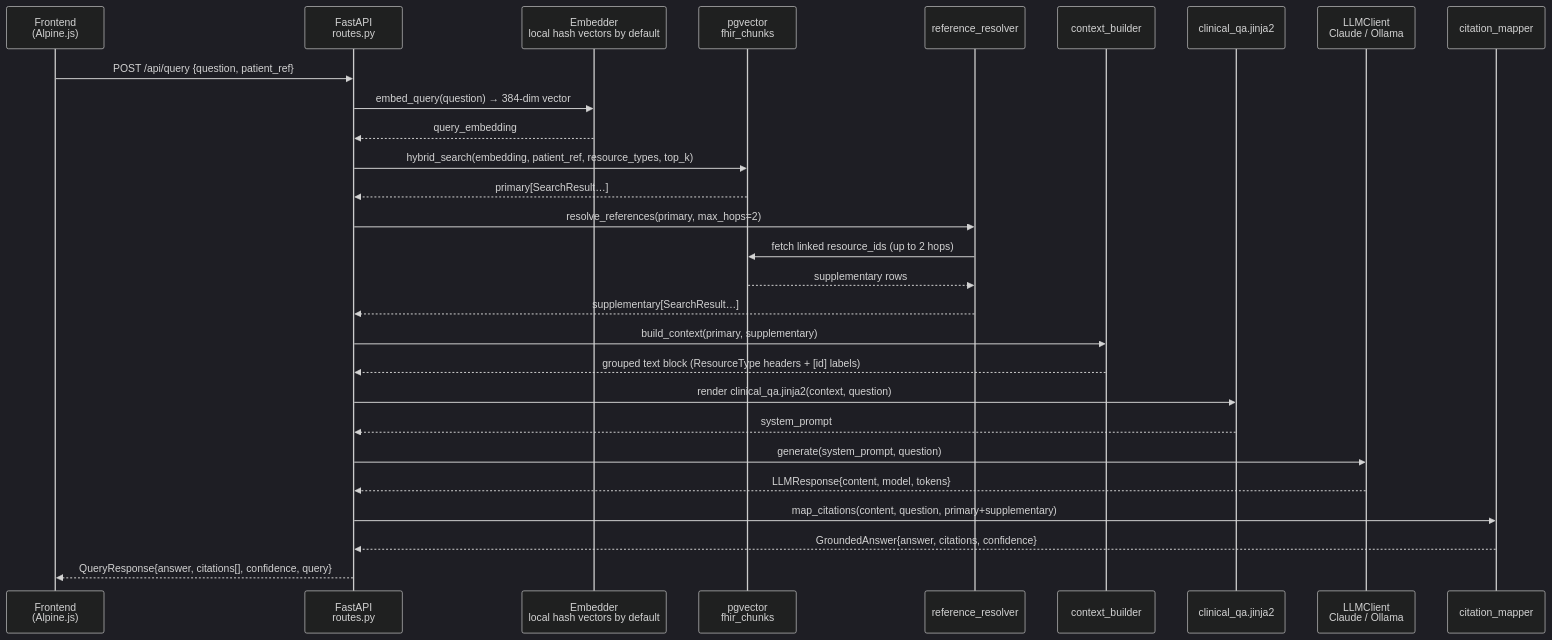
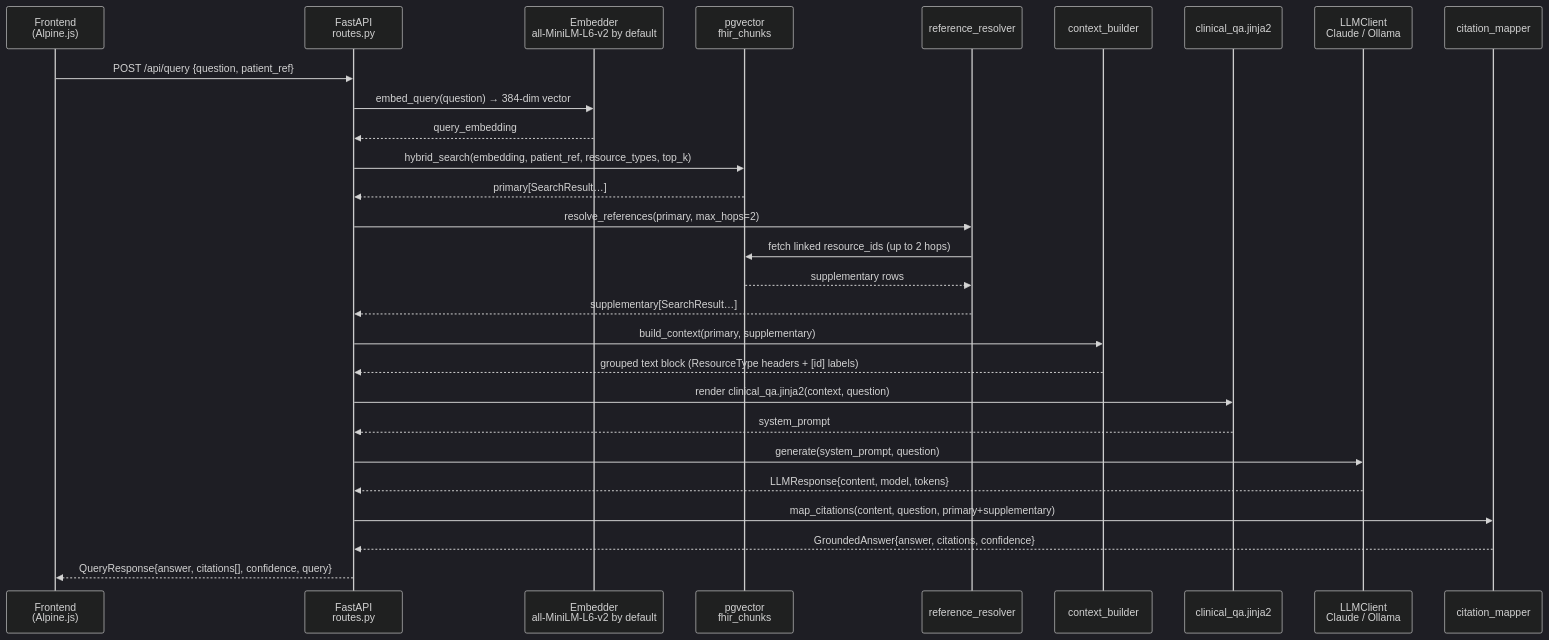
The fifth of 7 diagrams in README.md (budityw23/fhir-rag), drawn with Mermaid (dark theme) before and after one commit. The commit also changed other lines of this file, not shown here.

````diff
--- a/README.md
+++ b/README.md
@@ -138,31 +140,31 @@
 ```mermaid
 sequenceDiagram
     participant UI as Frontend<br/>(Alpine.js)
     participant API as FastAPI<br/>routes.py
-    participant EMB as Embedder<br/>local hash vectors by default
+    participant EMB as Embedder<br/>all-MiniLM-L6-v2 by default
     participant PG as pgvector<br/>fhir_chunks
     participant REF as reference_resolver
     participant CTX as context_builder
     participant TMPL as clinical_qa.jinja2
     participant LLM as LLMClient<br/>Claude / Ollama
     participant CM as citation_mapper
 
     UI->>API: POST /api/query {question, patient_ref}
     API->>EMB: embed_query(question) → 384-dim vector
     EMB-->>API: query_embedding
     API->>PG: hybrid_search(embedding, patient_ref, resource_types, top_k)
     PG-->>API: primary[SearchResult…]
     API->>REF: resolve_references(primary, max_hops=2)
     REF->>PG: fetch linked resource_ids (up to 2 hops)
     PG-->>REF: supplementary rows
     REF-->>API: supplementary[SearchResult…]
     API->>CTX: build_context(primary, supplementary)
     CTX-->>API: grouped text block (ResourceType headers + [id] labels)
     API->>TMPL: render clinical_qa.jinja2(context, question)
     TMPL-->>API: system_prompt
     API->>LLM: generate(system_prompt, question)
     LLM-->>API: LLMResponse{content, model, tokens}
     API->>CM: map_citations(content, question, primary+supplementary)
     CM-->>API: GroundedAnswer{answer, citations, confidence}
     API-->>UI: QueryResponse{answer, citations[], confidence, query}
 ```
````
